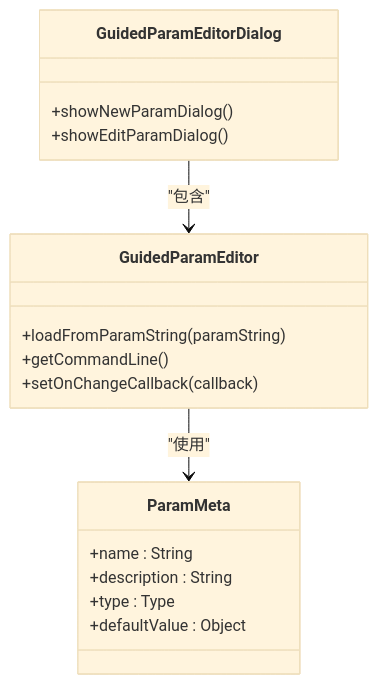
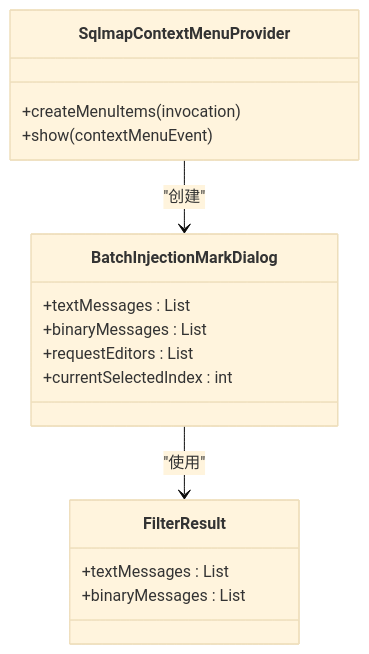
One commit to GitHubNull/sqlmapWebUI changed the eighth of 10 diagrams in .qoder/repowiki/zh/content/外部系统集成/Burp Suite插件集成/Burp Suite插件集成.md. Above: the diagram before and after it, drawn with Mermaid (base theme). The commit also changed other lines of this file and 4 other files, not shown here.

````diff
--- a/.qoder/repowiki/zh/content/外部系统集成/Burp Suite插件集成/Burp Suite插件集成.md
+++ b/.qoder/repowiki/zh/content/外部系统集成/Burp Suite插件集成/Burp Suite插件集成.md
@@ -286,20 +286,19 @@
 ```mermaid
 classDiagram
-class GuidedParamEditor {
-+loadFromParamString(paramString)
-+getCommandLine()
-+setOnChangeCallback(callback)
+class BatchInjectionMarkDialog {
++textMessages : List<HttpRequestResponse>
++binaryMessages : List<HttpRequestResponse>
++requestEditors : List<JTextArea>
++currentSelectedIndex : int
 }
-class GuidedParamEditorDialog {
-+showNewParamDialog()
-+showEditParamDialog()
+class SqlmapContextMenuProvider {
++createMenuItems(invocation)
++show(contextMenuEvent)
 }
-class ParamMeta {
-+name : String
-+description : String
-+type : Type
-+defaultValue : Object
+class FilterResult {
++textMessages : List<HttpRequestResponse>
++binaryMessages : List<HttpRequestResponse>
 }
-GuidedParamEditor --> ParamMeta : "使用"
-GuidedParamEditorDialog --> GuidedParamEditor : "包含"
+BatchInjectionMarkDialog --> FilterResult : "使用"
+SqlmapContextMenuProvider --> BatchInjectionMarkDialog : "创建"
 ```
````
